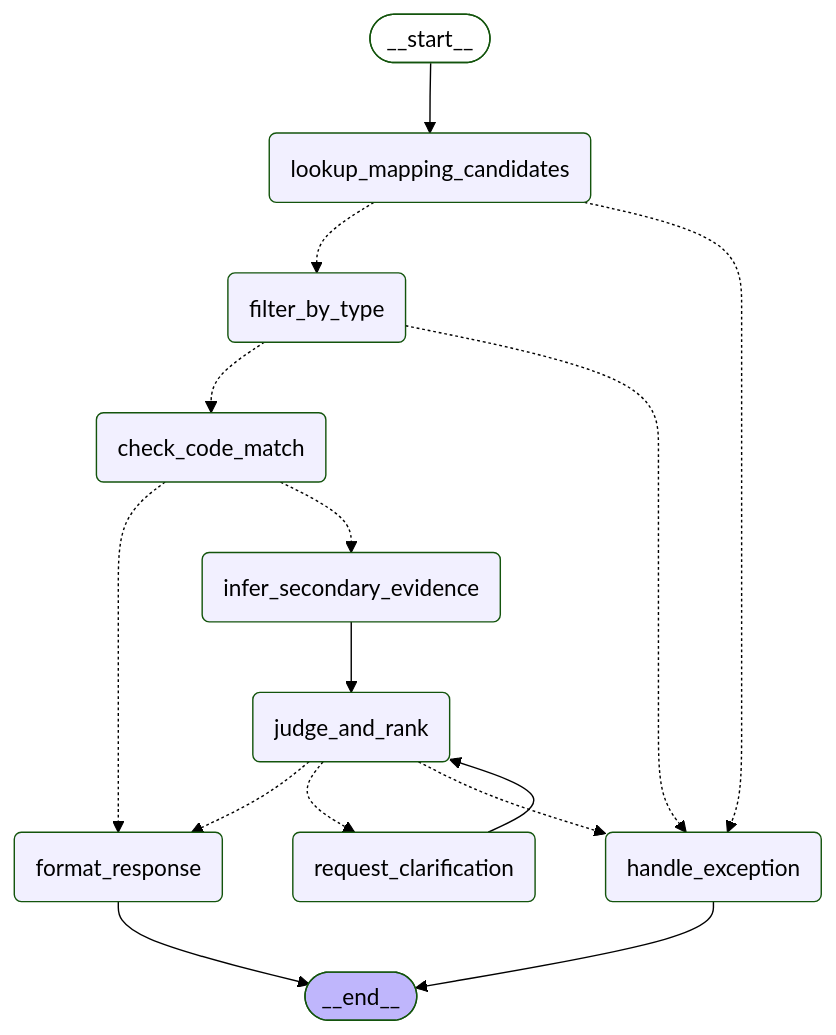
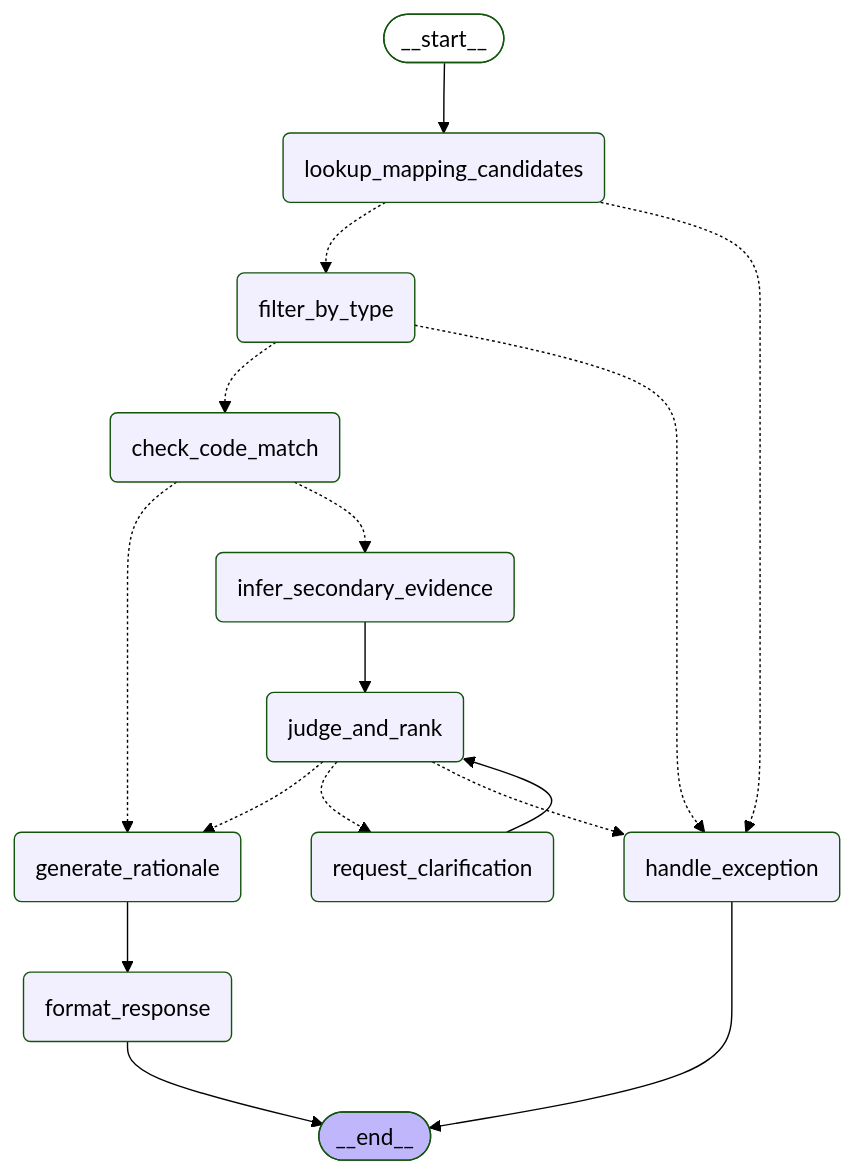
The diagram in README.md (kwakkwakwoohyun/schemabridge), drawn with Mermaid (forest theme) before and after one commit. The commit also changed other lines of this file and 6 other files, not shown here.

First line of the commit message:
generate_rationale 구현 (confirmed 근거를 내부 계산값과 분리해 생성)

````diff
--- a/README.md
+++ b/README.md
@@ -27,30 +27,32 @@
 ```mermaid
 graph TD;
 	__start__([__start__]):::first
 	lookup_mapping_candidates(lookup_mapping_candidates)
 	filter_by_type(filter_by_type)
 	check_code_match(check_code_match)
 	handle_exception(handle_exception)
 	format_response(format_response)
 	infer_secondary_evidence(infer_secondary_evidence)
 	judge_and_rank(judge_and_rank)
 	request_clarification(request_clarification)
+	generate_rationale(generate_rationale)
 	__end__([__end__]):::last
 	__start__ --> lookup_mapping_candidates;
 	lookup_mapping_candidates -.-> filter_by_type;
 	lookup_mapping_candidates -.-> handle_exception;
 	filter_by_type -.-> check_code_match;
 	filter_by_type -.-> handle_exception;
-	check_code_match -.-> format_response;
+	check_code_match -.-> generate_rationale;
 	check_code_match -.-> infer_secondary_evidence;
 	infer_secondary_evidence --> judge_and_rank;
-	judge_and_rank -.-> format_response;
+	judge_and_rank -.-> generate_rationale;
 	judge_and_rank -.-> request_clarification;
 	judge_and_rank -.-> handle_exception;
 	request_clarification --> judge_and_rank;
+	generate_rationale --> format_response;
 	format_response --> __end__;
 	handle_exception --> __end__;
 	classDef default fill:#f2f0ff,line-height:1.2
 	classDef first fill-opacity:0
 	classDef last fill:#bfb6fc
 ```
````
